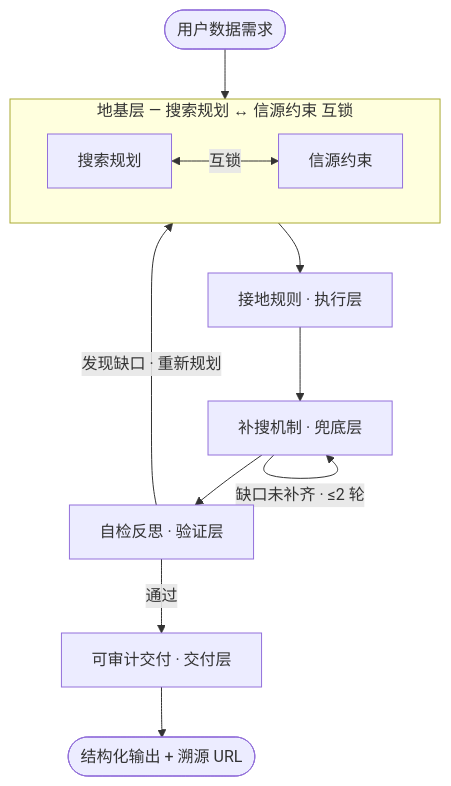
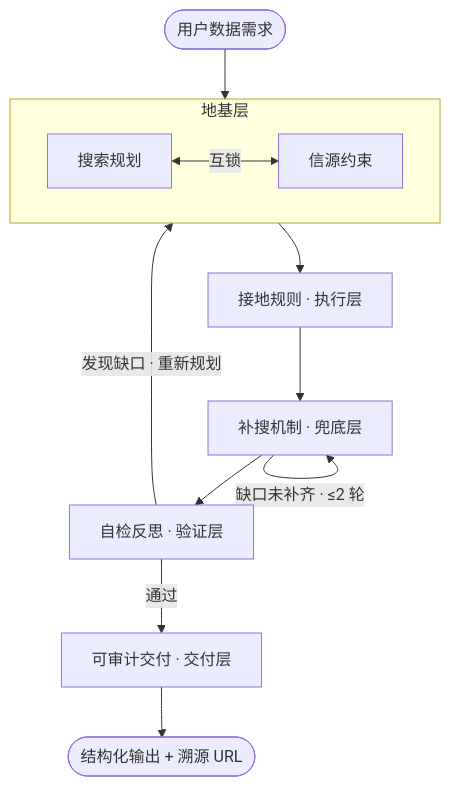
The first of 2 diagrams in README.md (paperpoon-lang/trusted-retrieval-skills), drawn with Mermaid before and after one commit. The commit also changed other lines of this file and 1 other file, not shown here.

Commit message:
fix: 互锁重复表达 + B1虚线删无标签 + 清理过期测试报告

````diff
--- a/README.md
+++ b/README.md
@@ -43,17 +43,17 @@
 ```mermaid
 flowchart TD
     Q([用户数据需求]) --> A
 
-    subgraph ground["地基层 — 搜索规划 ↔ 信源约束 互锁"]
+    subgraph ground["地基层"]
         direction LR
         A[搜索规划] <-->|互锁| B[信源约束]
     end
 
     ground --> C[接地规则 · 执行层]
     C --> D[补搜机制 · 兜底层]
     D -->|缺口未补齐 · ≤2 轮| D
     D --> E[自检反思 · 验证层]
     E -->|发现缺口 · 重新规划| A
     E -->|通过| F[可审计交付 · 交付层]
     F --> Z([结构化输出 + 溯源 URL])
 ```
````
